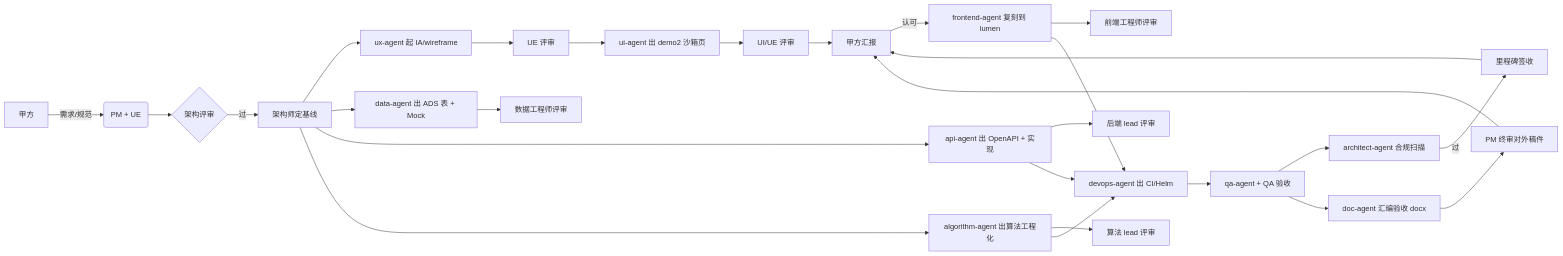
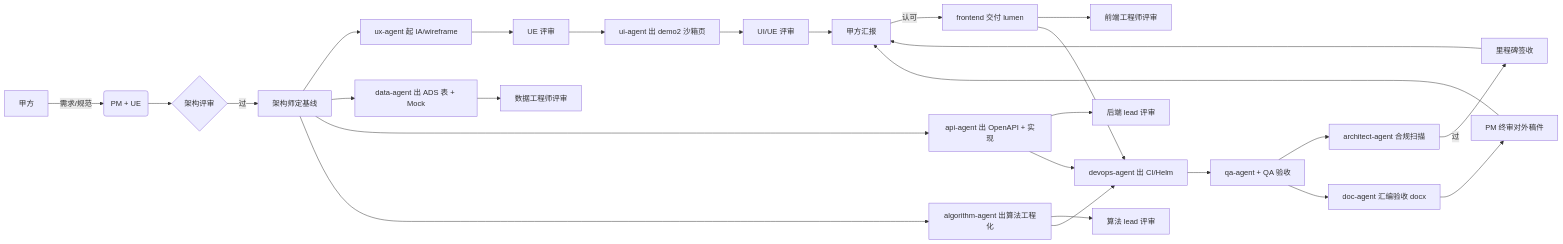
The diagram in agent-delivery/team-collaboration-playbook.md (Marisolebxf/-), drawn with Mermaid before and after one commit. The commit also changed other lines of this file and 10 other files, not shown here.

First line of the commit message:
docs: DECIDE-FE-V2-LUMEN-DIRECT — V2 直落 lumen-ui-science-topic [agent:coordinator]

````diff
--- a/agent-delivery/team-collaboration-playbook.md
+++ b/agent-delivery/team-collaboration-playbook.md
@@ -73,29 +73,29 @@
 ```mermaid
 flowchart LR
   A[甲方] -->|需求/规范| B(PM + UE)
   B --> C{架构评审}
   C -->|过| D[架构师定基线]
   D --> E[ux-agent 起 IA/wireframe]
   E --> F[UE 评审]
   F --> G[ui-agent 出 demo2 沙箱页]
   G --> H[UI/UE 评审]
   H --> I[甲方汇报]
-  I -->|认可| J[frontend-agent 复刻到 lumen]
+  I -->|认可| J[frontend 交付 lumen]
   J --> K[前端工程师评审]
   D --> L[data-agent 出 ADS 表 + Mock]
   L --> M[数据工程师评审]
   D --> N[api-agent 出 OpenAPI + 实现]
   N --> O[后端 lead 评审]
   D --> P[algorithm-agent 出算法工程化]
   P --> Q[算法 lead 评审]
   J --> R[devops-agent 出 CI/Helm]
   N --> R
   P --> R
   R --> S[qa-agent + QA 验收]
   S --> T[architect-agent 合规扫描]
   S --> V[doc-agent 汇编验收 docx]
   T -->|过| U[里程碑签收]
   V --> W[PM 终审对外稿件]
   W --> I
   U --> I
 ```
````
